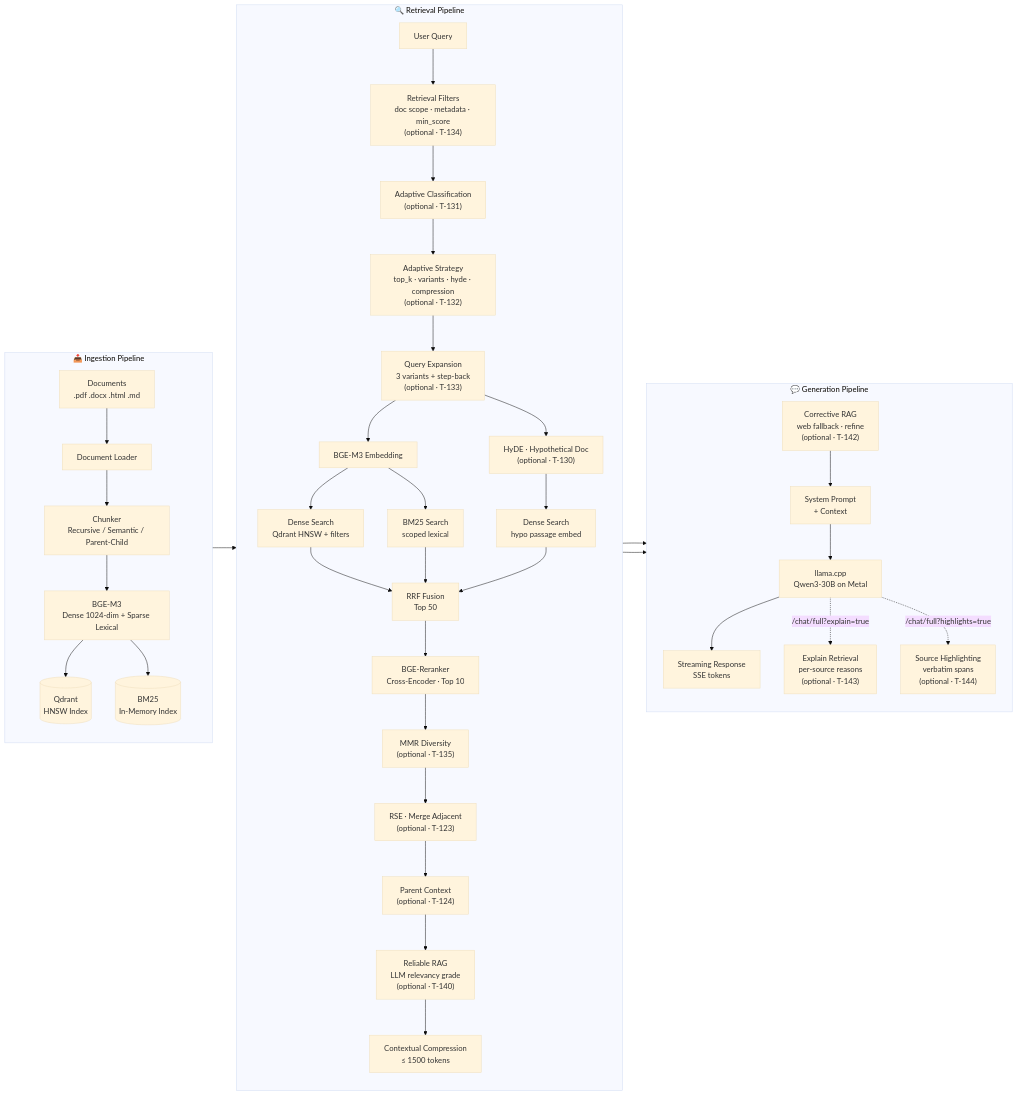
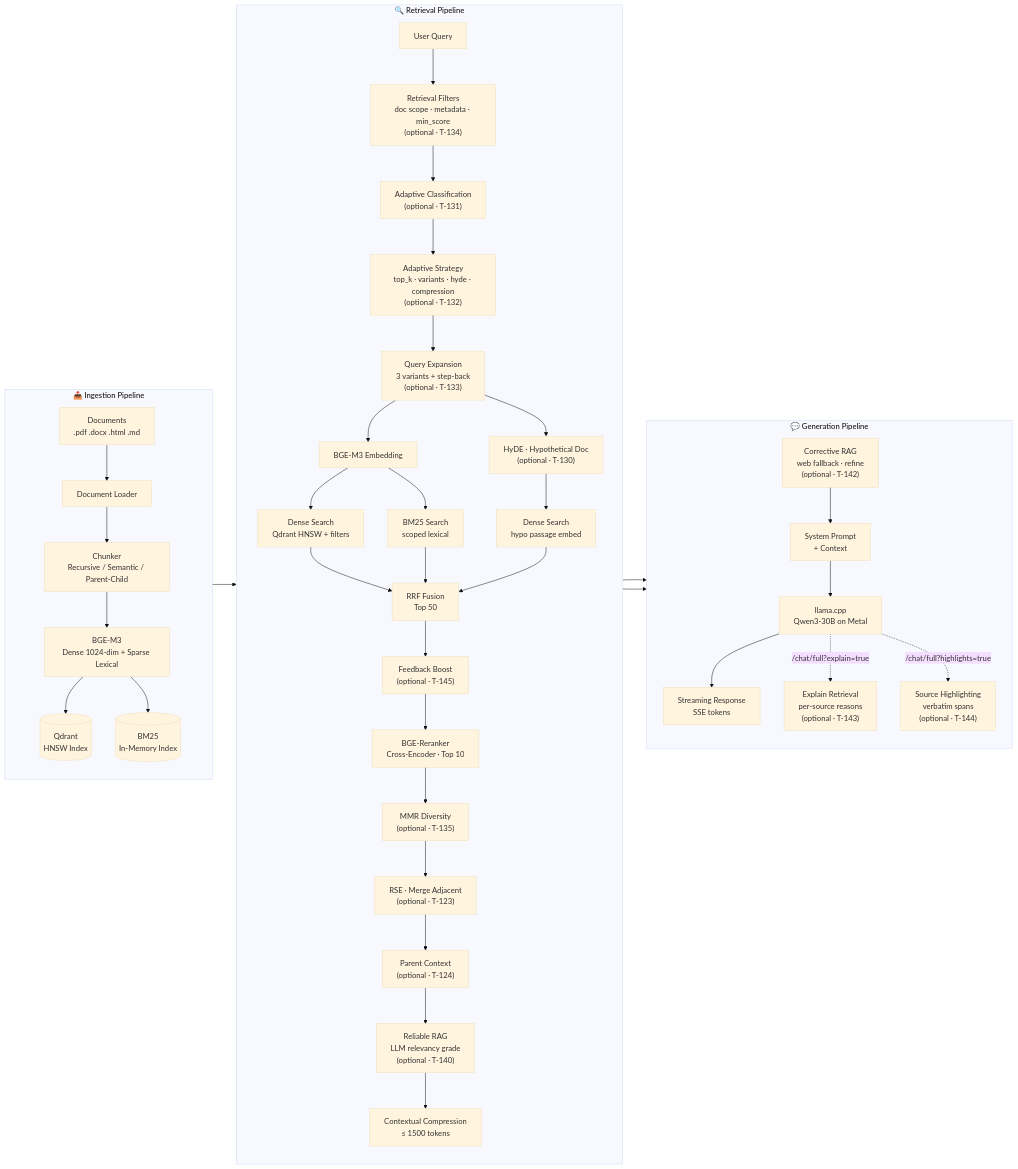
The first of 15 diagrams in README.md (ealbertoav/rag_platform), drawn with Mermaid (base theme) before and after one commit. The commit also changed other lines of this file and 1 other file, not shown here.

````diff
--- a/README.md
+++ b/README.md
@@ -72,46 +76,47 @@
 ```mermaid
 flowchart LR
     subgraph INGEST["📥 Ingestion Pipeline"]
         direction TB
         D["Documents<br/>.pdf .docx .html .md"] --> L[Document Loader]
         L --> C["Chunker<br/>Recursive / Semantic / Parent-Child"]
         C --> E["BGE-M3<br/>Dense 1024-dim + Sparse Lexical"]
         E --> Q[("Qdrant<br/>HNSW Index")]
         E --> B[("BM25<br/>In-Memory Index")]
     end
 
     subgraph RETRIEVE["🔍 Retrieval Pipeline"]
         direction TB
         QX["User Query"] --> FILT["Retrieval Filters<br/>doc scope · metadata · min_score<br/>(optional · T-134)"]
         FILT --> ADAPT["Adaptive Classification<br/>(optional · T-131)"]
         ADAPT --> STRAT["Adaptive Strategy<br/>top_k · variants · hyde · compression<br/>(optional · T-132)"]
         STRAT --> EXP["Query Expansion<br/>3 variants + step-back<br/>(optional · T-133)"]
         EXP --> EM[BGE-M3 Embedding]
         EXP --> HYDE["HyDE · Hypothetical Doc<br/>(optional · T-130)"]
         HYDE --> DS2["Dense Search<br/>hypo passage embed"]
         EM --> DS["Dense Search<br/>Qdrant HNSW + filters"]
         EM --> BS["BM25 Search<br/>scoped lexical"]
         DS --> RF["RRF Fusion<br/>Top 50"]
         DS2 --> RF
         BS --> RF
-        RF --> RR["BGE-Reranker<br/>Cross-Encoder · Top 10"]
+        RF --> FB["Feedback Boost<br/>(optional · T-145)"]
+        FB --> RR["BGE-Reranker<br/>Cross-Encoder · Top 10"]
         RR --> DIV["MMR Diversity<br/>(optional · T-135)"]
         DIV --> RSE["RSE · Merge Adjacent<br/>(optional · T-123)"]
         RSE --> PC["Parent Context<br/>(optional · T-124)"]
         PC --> RRAG["Reliable RAG<br/>LLM relevancy grade<br/>(optional · T-140)"]
         RRAG --> CC["Contextual Compression<br/>≤ 1500 tokens"]
     end
 
     subgraph GENERATE["💬 Generation Pipeline"]
         direction TB
         CC --> CRAG["Corrective RAG<br/>web fallback · refine<br/>(optional · T-142)"]
         CRAG --> PR["System Prompt<br/>+ Context"]
         PR --> LLM["llama.cpp<br/>Qwen3-30B on Metal"]
         LLM --> SSE["Streaming Response<br/>SSE tokens"]
         LLM -.->|"/chat/full?explain=true"| XPL["Explain Retrieval<br/>per-source reasons<br/>(optional · T-143)"]
         LLM -.->|"/chat/full?highlights=true"| HL["Source Highlighting<br/>verbatim spans<br/>(optional · T-144)"]
     end
 
     INGEST --> RETRIEVE
     RETRIEVE --> GENERATE
 ```
````
